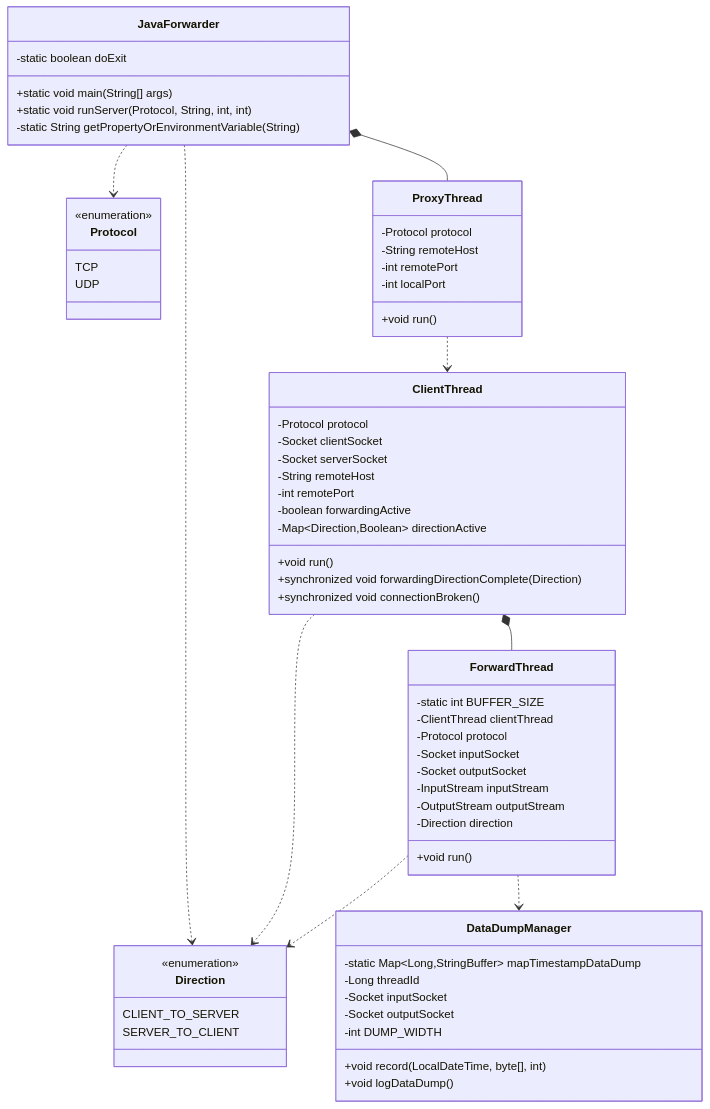
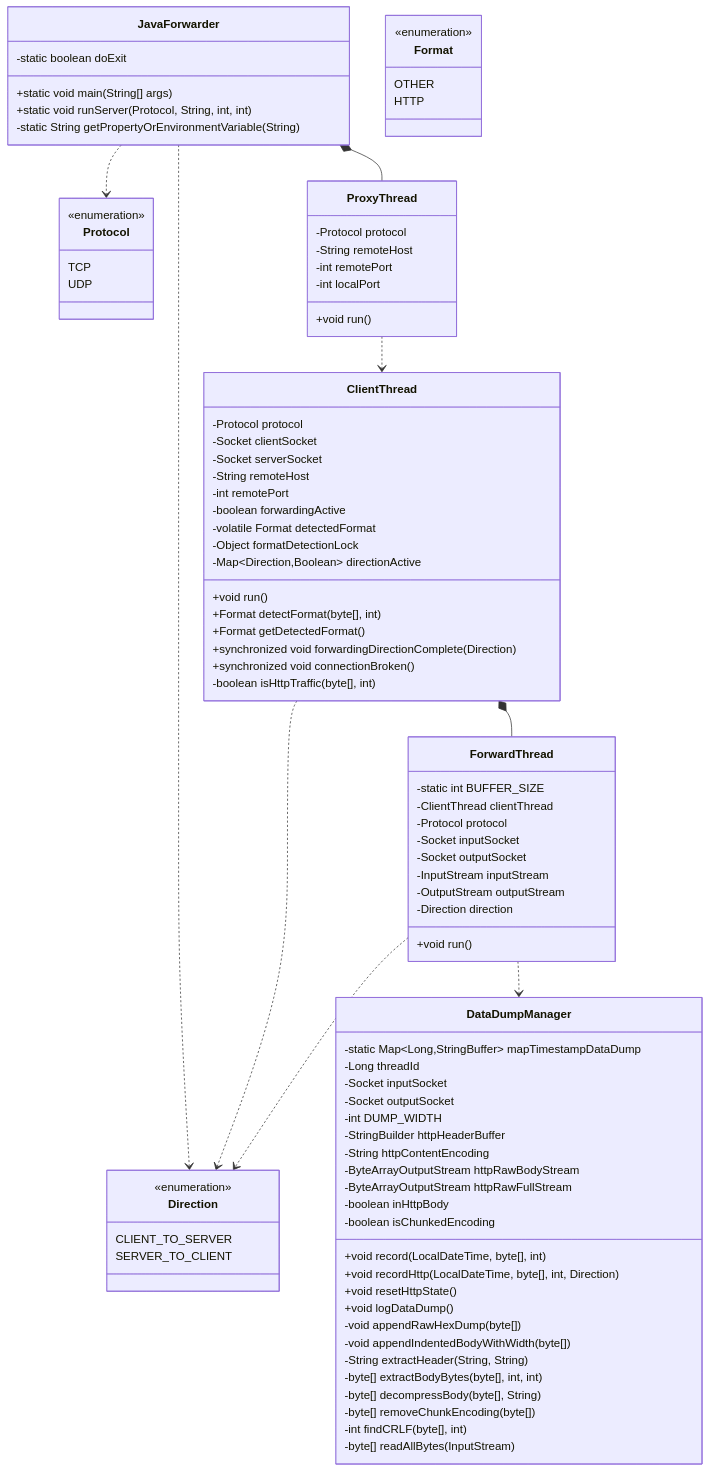
Before and after one commit to Warpguru/JavaForwarder: the second of 19 diagrams in src/at/test/forwarder/Architecture.md, drawn with Mermaid. The commit also changed other lines of this file and 2 other files, not shown here.

```diff
--- a/src/at/test/forwarder/Architecture.md
+++ b/src/at/test/forwarder/Architecture.md
@@ -75,6 +77,12 @@
         SERVER_TO_CLIENT
     }
     
+    class Format {
+        <<enumeration>>
+        OTHER
+        HTTP
+    }
+    
     class ClientThread {
         -Protocol protocol
         -Socket clientSocket
@@ -82,10 +90,15 @@
         -String remoteHost
         -int remotePort
         -boolean forwardingActive
+        -volatile Format detectedFormat
+        -Object formatDetectionLock
         -Map~Direction,Boolean~ directionActive
         +void run()
+        +Format detectFormat(byte[], int)
+        +Format getDetectedFormat()
         +synchronized void forwardingDirectionComplete(Direction)
         +synchronized void connectionBroken()
+        -boolean isHttpTraffic(byte[], int)
     }
     
     class ForwardThread {
@@ -106,8 +119,24 @@
         -Socket inputSocket
         -Socket outputSocket
         -int DUMP_WIDTH
+        -StringBuilder httpHeaderBuffer
+        -String httpContentEncoding
+        -ByteArrayOutputStream httpRawBodyStream
+        -ByteArrayOutputStream httpRawFullStream
+        -boolean inHttpBody
+        -boolean isChunkedEncoding
         +void record(LocalDateTime, byte[], int)
+        +void recordHttp(LocalDateTime, byte[], int, Direction)
+        +void resetHttpState()
         +void logDataDump()
+        -void appendRawHexDump(byte[])
+        -void appendIndentedBodyWithWidth(byte[])
+        -String extractHeader(String, String)
+        -byte[] extractBodyBytes(byte[], int, int)
+        -byte[] decompressBody(byte[], String)
+        -byte[] removeChunkEncoding(byte[])
+        -int findCRLF(byte[], int)
+        -byte[] readAllBytes(InputStream)
     }
     
     class ProxyThread {
```
